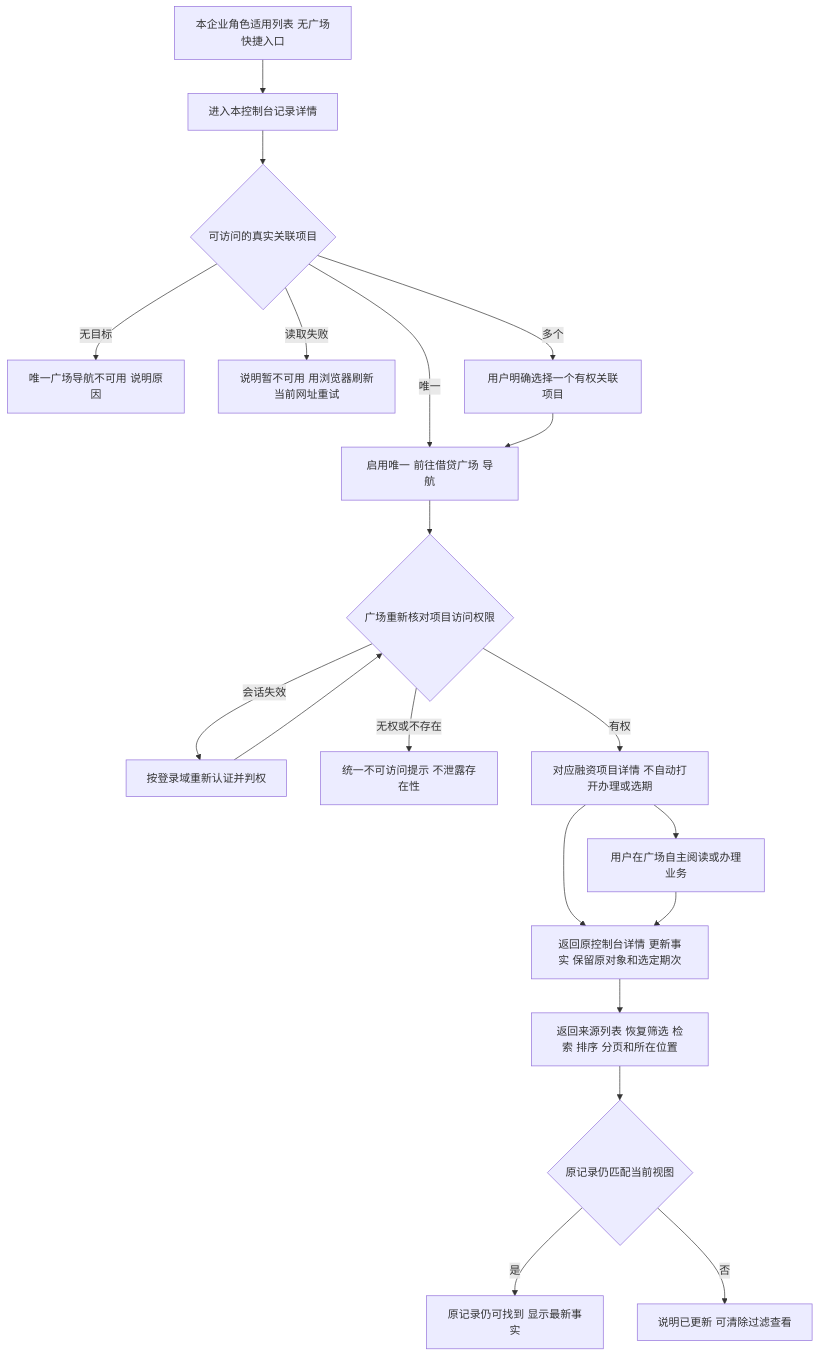
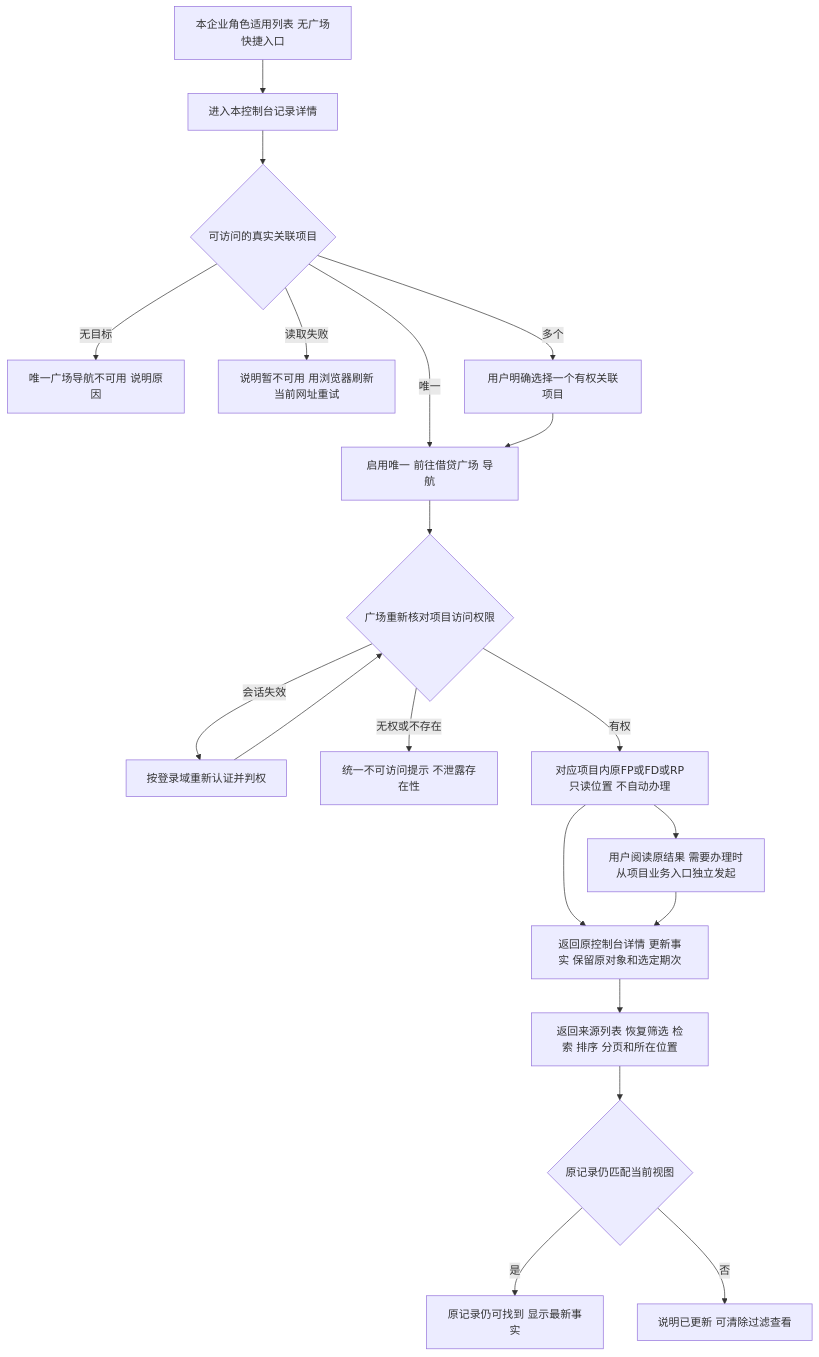
Before and after one commit to wxblockchain/Chain-Financing: the second of 11 diagrams in lending-platform/PRD/面客端/09-我的控制台/02-我的控制台-流程图与状态机.md, drawn with Mermaid. The commit also changed other lines of this file and 11 other files, not shown here.

````diff
--- a/lending-platform/PRD/面客端/09-我的控制台/02-我的控制台-流程图与状态机.md
+++ b/lending-platform/PRD/面客端/09-我的控制台/02-我的控制台-流程图与状态机.md
@@ -55,22 +55,22 @@
 ```mermaid
 flowchart TD
   A[本企业角色适用列表 无广场快捷入口] --> B[进入本控制台记录详情]
   B --> C{可访问的真实关联项目}
   C -- 无目标 --> D[唯一广场导航不可用 说明原因]
   C -- 读取失败 --> E[说明暂不可用 用浏览器刷新当前网址重试]
   C -- 多个 --> F[用户明确选择一个有权关联项目]
   C -- 唯一 --> G[启用唯一 前往借贷广场 导航]
   F --> G
   G --> H{广场重新核对项目访问权限}
   H -- 会话失效 --> I[按登录域重新认证并判权]
   I --> H
   H -- 无权或不存在 --> J[统一不可访问提示 不泄露存在性]
-  H -- 有权 --> K[对应融资项目详情 不自动打开办理或选期]
-  K --> L[用户在广场自主阅读或办理业务]
+  H -- 有权 --> K[对应项目内原FP或FD或RP只读位置 不自动办理]
+  K --> L[用户阅读原结果 需要办理时从项目业务入口独立发起]
   K --> M[返回原控制台详情 更新事实 保留原对象和选定期次]
   L --> M
   M --> N[返回来源列表 恢复筛选 检索 排序 分页和所在位置]
   N --> O{原记录仍匹配当前视图}
   O -- 是 --> P[原记录仍可找到 显示最新事实]
   O -- 否 --> Q[说明已更新 可清除过滤查看]
 ```
````
